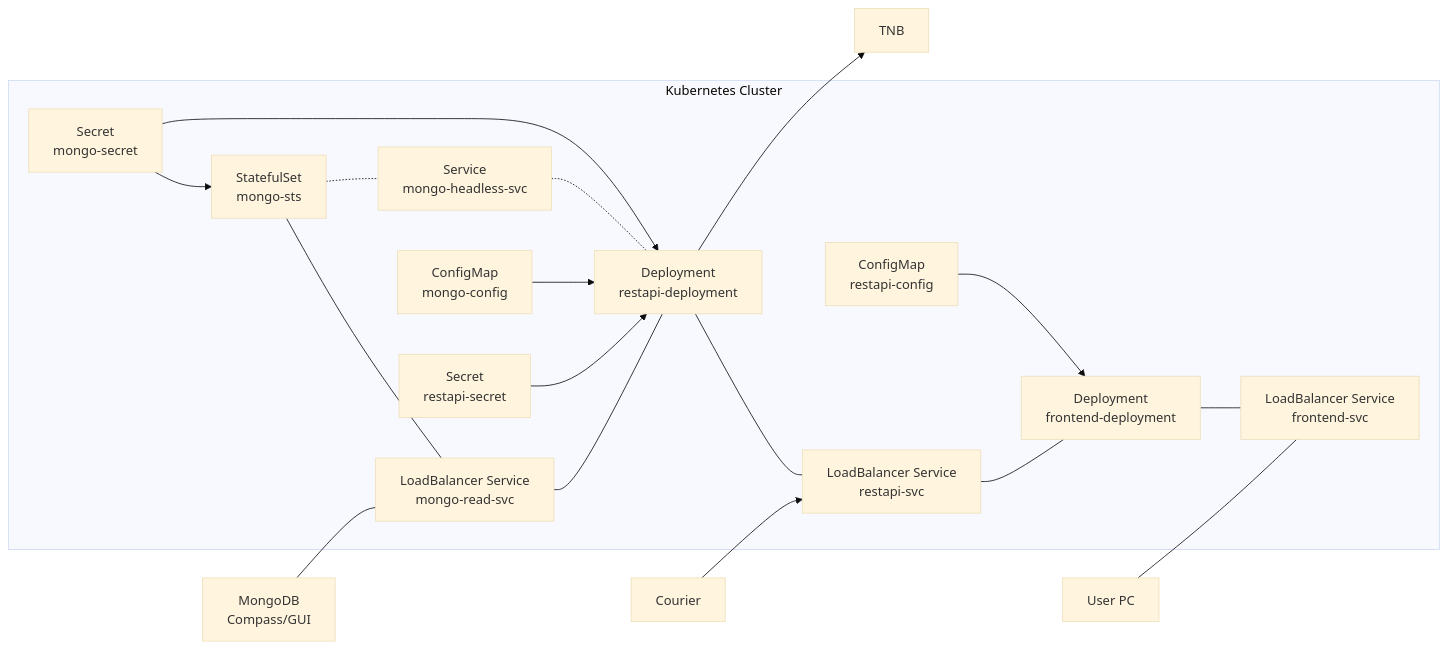
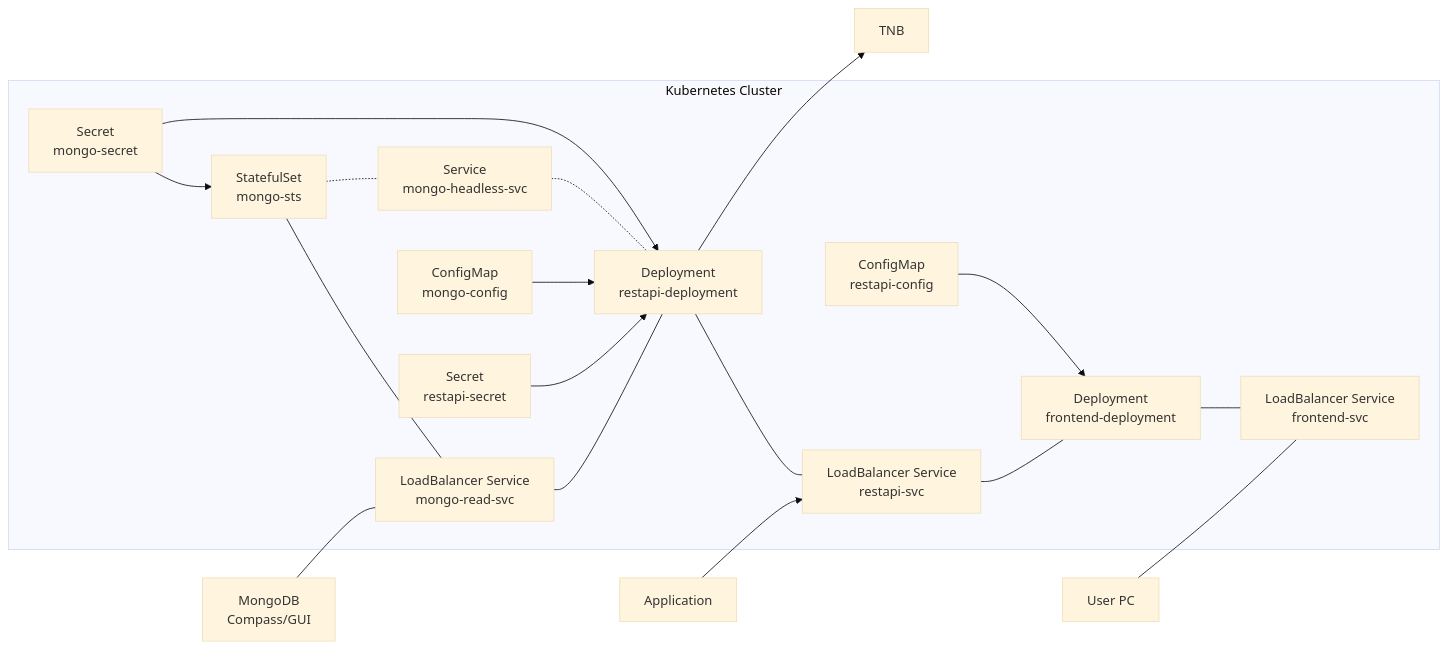
One commit to ccfrauasgr2/pet-detection changed the third of 4 diagrams in docs/Group_2_SS23_ProjectReport.md. Above: the diagram before and after it, drawn with Mermaid (base theme). The commit also changed other lines of this file, not shown here.

````diff
--- a/docs/Group_2_SS23_ProjectReport.md
+++ b/docs/Group_2_SS23_ProjectReport.md
@@ -206,38 +202,38 @@
 ```mermaid
 flowchart LR
     subgraph Kubernetes Cluster
   
     mongo-sts[StatefulSet\nmongo-sts]
     mongo-read-svc[LoadBalancer Service\nmongo-read-svc]
     mongo-headless-svc[Service\nmongo-headless-svc]
     mongo-secret[Secret\nmongo-secret]
     mongo-config[ConfigMap\nmongo-config]
     frontend-svc[LoadBalancer Service\nfrontend-svc]
     frontend-deployment[Deployment\nfrontend-deployment]
     restapi-config[ConfigMap\nrestapi-config]
     restapi-svc[LoadBalancer Service\nrestapi-svc]
     restapi-deployment[Deployment\nrestapi-deployment]
     restapi-secret[Secret\nrestapi-secret]
     
 
     mongo-sts --- mongo-read-svc --- restapi-deployment --- restapi-svc   --- frontend-deployment --- frontend-svc
     mongo-sts -.- mongo-headless-svc -.- restapi-deployment
     mongo-secret --> mongo-sts & restapi-deployment
     mongo-config --> restapi-deployment 
     restapi-config --> frontend-deployment
     restapi-secret --> restapi-deployment
 
     end
 
     compass[MongoDB\nCompass/GUI]
     user[User PC]
-    courier[Courier]
+    app[Application]
     tnb[TNB]
 
     restapi-deployment --> tnb
     compass --- mongo-read-svc
-    courier --> restapi-svc
+    app --> restapi-svc
     user --- frontend-svc
     
 
 ```
````
